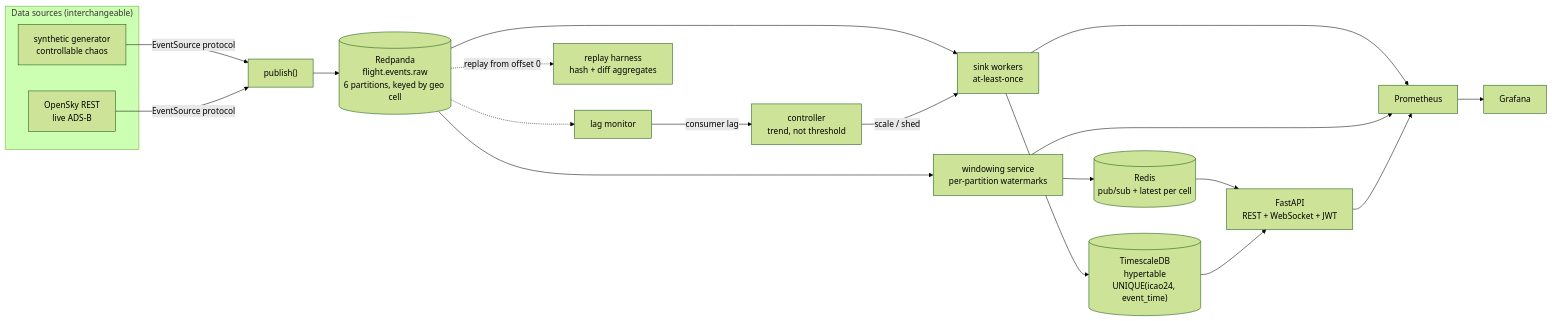
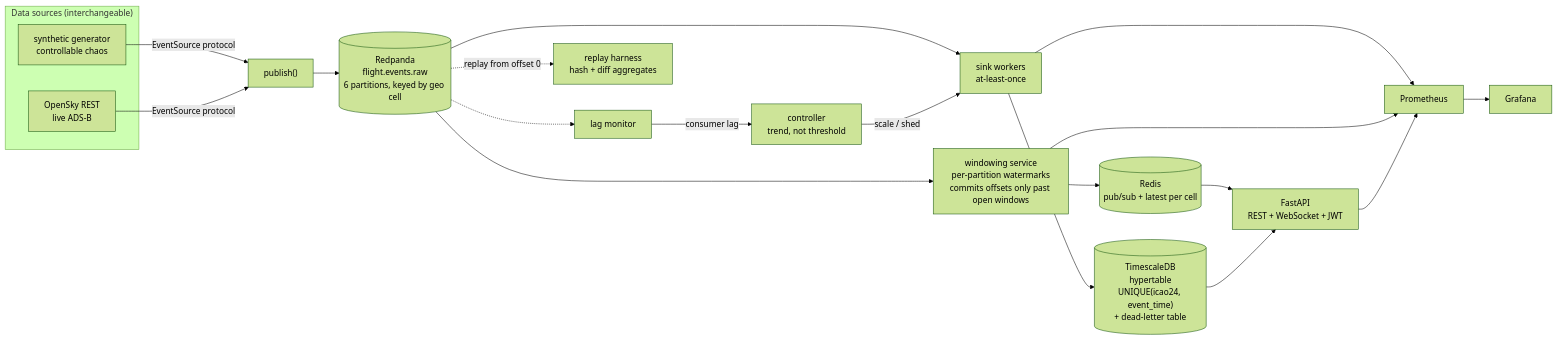
The diagram in README.md (Som0111/contrail), drawn with Mermaid (forest theme) before and after one commit. The commit also changed other lines of this file and 41 other files, not shown here.

Commit message:
fix: windowing recovery, sink reliability, security, containers, tests, docs

````diff
--- a/README.md
+++ b/README.md
@@ -72,27 +99,27 @@
 ```mermaid
 flowchart LR
     subgraph sources["Data sources (interchangeable)"]
         SYN["synthetic generator<br/>controllable chaos"]
         OSK["OpenSky REST<br/>live ADS-B"]
     end
 
     SYN & OSK -->|EventSource protocol| PUB["publish()"]
     PUB --> RP[("Redpanda<br/>flight.events.raw<br/>6 partitions, keyed by geo cell")]
 
     RP --> SINK["sink workers<br/>at-least-once"]
-    RP --> WIN["windowing service<br/>per-partition watermarks"]
+    RP --> WIN["windowing service<br/>per-partition watermarks<br/>commits offsets only past open windows"]
 
-    SINK --> TS[("TimescaleDB<br/>hypertable<br/>UNIQUE(icao24, event_time)")]
+    SINK --> TS[("TimescaleDB<br/>hypertable<br/>UNIQUE(icao24, event_time)<br/>+ dead-letter table")]
     WIN --> RD[("Redis<br/>pub/sub + latest per cell")]
 
     LAG["lag monitor"] -->|consumer lag| CTL["controller<br/>trend, not threshold"]
     RP -.-> LAG
     CTL -->|scale / shed| SINK
 
     RD --> API["FastAPI<br/>REST + WebSocket + JWT"]
     TS --> API
 
     SINK & WIN & API --> PROM["Prometheus"] --> GRAF["Grafana"]
 
     RP -.->|replay from offset 0| REP["replay harness<br/>hash + diff aggregates"]
 ```
````
